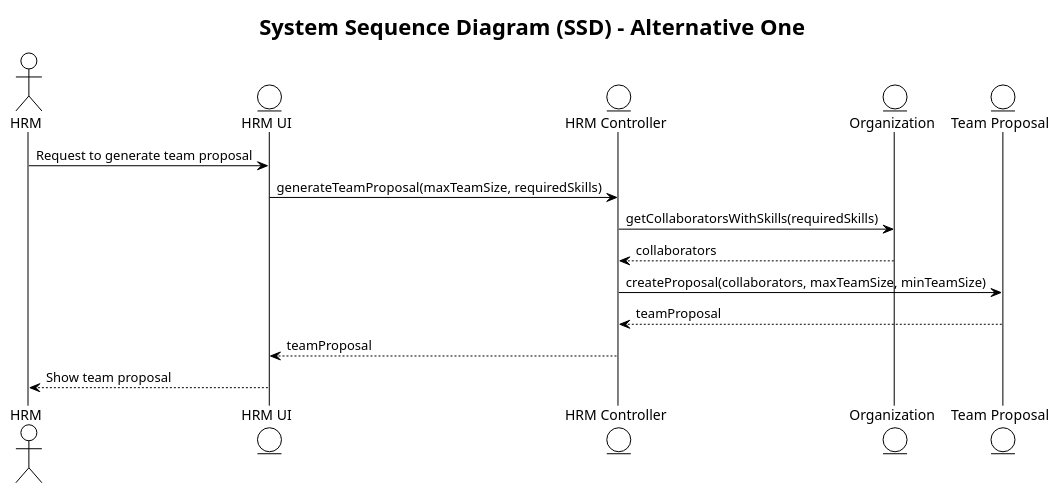
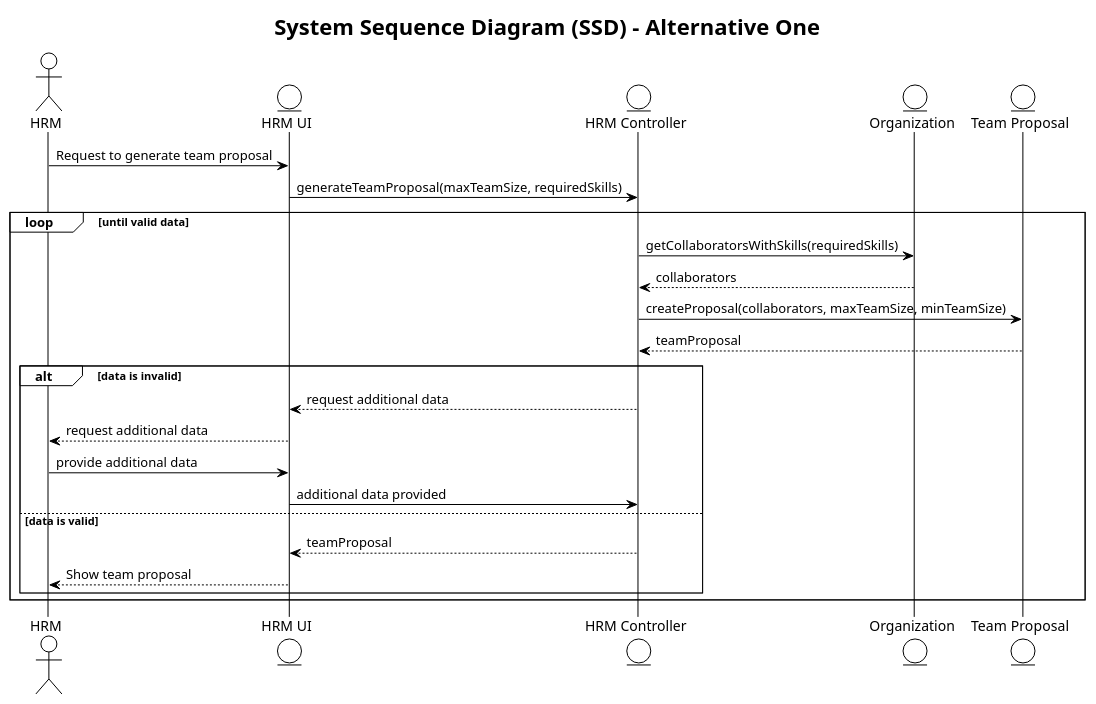
The diagram in docs/sprintA/us005/01.requirements-engineering/puml/us005-alternative-one.puml (RicardoMorim/lapr2-ISEP-Project), drawn with PlantUML before and after one commit. The commit also changed 10 other files, not shown here.

```diff
--- a/docs/sprintA/us005/01.requirements-engineering/puml/us005-alternative-one.puml
+++ b/docs/sprintA/us005/01.requirements-engineering/puml/us005-alternative-one.puml
@@ -1,21 +1,31 @@
 @startuml
 !theme plain
 
 title System Sequence Diagram (SSD) - Alternative One
 
 actor HRM
 entity "HRM UI" as UI
 entity "HRM Controller" as Controller
 entity "Organization" as Org
 entity "Team Proposal" as Proposal
 
 HRM -> UI : Request to generate team proposal
 UI -> Controller : generateTeamProposal(maxTeamSize, requiredSkills)
-Controller -> Org : getCollaboratorsWithSkills(requiredSkills)
-Org --> Controller : collaborators
-Controller -> Proposal : createProposal(collaborators, maxTeamSize, minTeamSize)
-Proposal --> Controller : teamProposal
-Controller --> UI : teamProposal
-UI --> HRM : Show team proposal
+
+loop until valid data
+    Controller -> Org : getCollaboratorsWithSkills(requiredSkills)
+    Org --> Controller : collaborators
+    Controller -> Proposal : createProposal(collaborators, maxTeamSize, minTeamSize)
+    Proposal --> Controller : teamProposal
+    alt data is invalid
+        Controller --> UI : request additional data
+        UI --> HRM : request additional data
+        HRM -> UI : provide additional data
+        UI -> Controller : additional data provided
+    else data is valid
+        Controller --> UI : teamProposal
+        UI --> HRM : Show team proposal
+    end
+end
 
 @enduml
```
